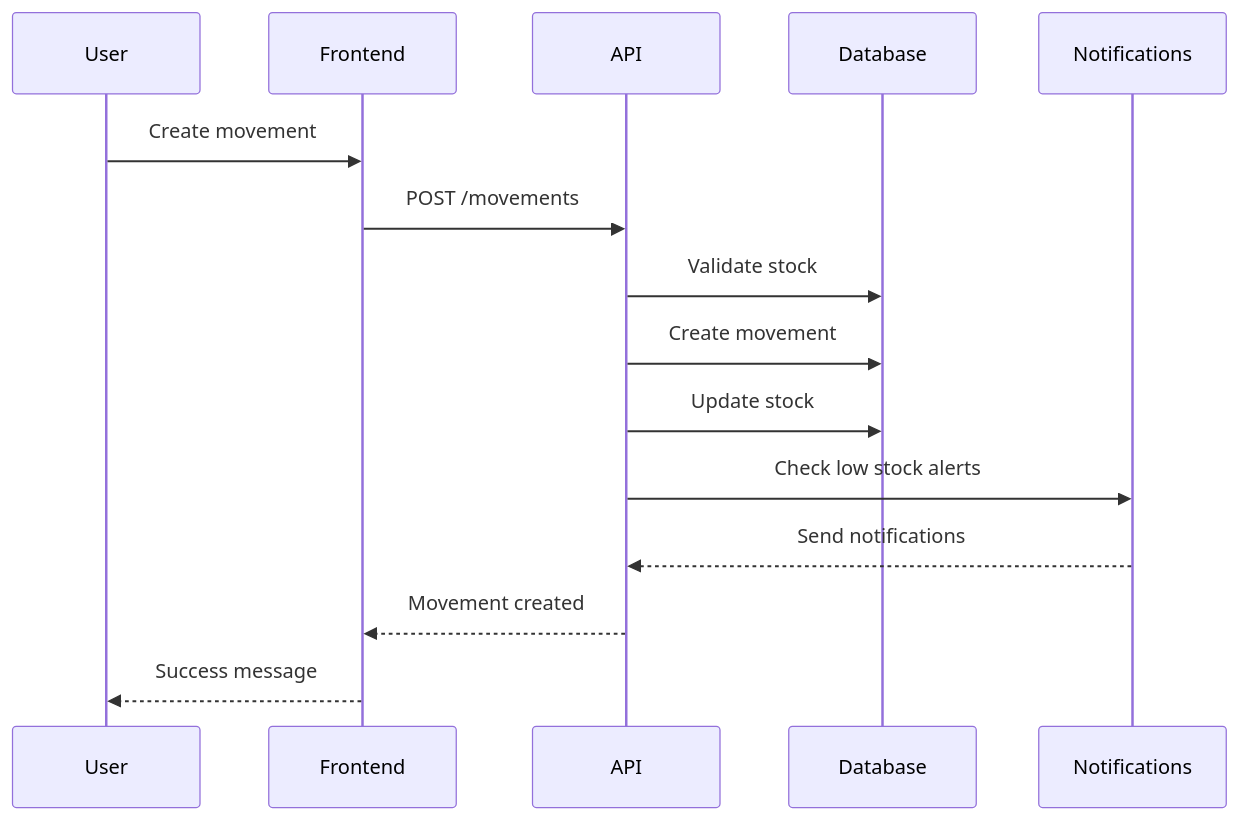
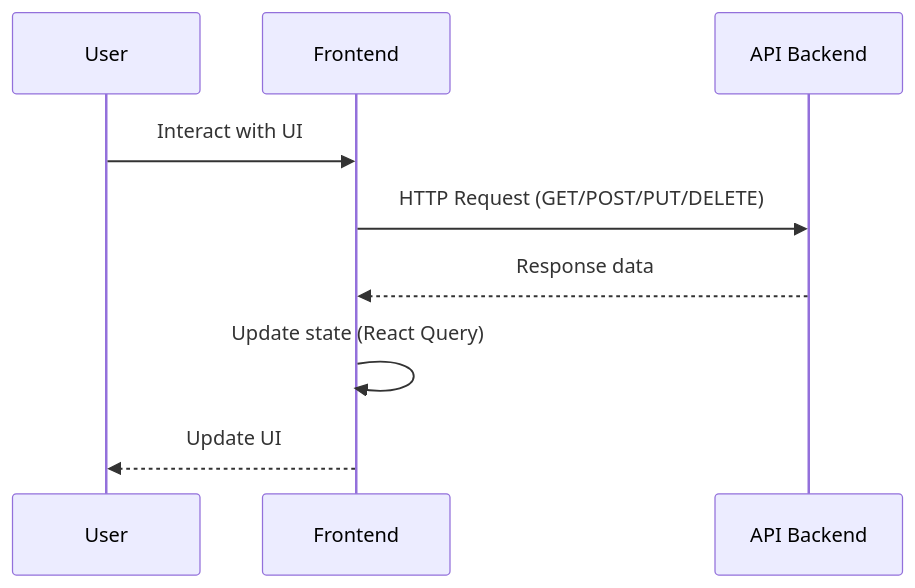
The second of 2 diagrams in docs/ARCHITECTURE.md (ai-lurus/celhm-app-main), drawn with Mermaid before and after one commit. The commit also changed other lines of this file and 163 other files, not shown here.

````diff
--- a/docs/ARCHITECTURE.md
+++ b/docs/ARCHITECTURE.md
@@ -87,18 +75,12 @@
 ```mermaid
 sequenceDiagram
     participant U as User
     participant F as Frontend
-    participant A as API
-    participant D as Database
-    participant N as Notifications
+    participant A as API Backend
 
-    U->>F: Create movement
-    F->>A: POST /movements
-    A->>D: Validate stock
-    A->>D: Create movement
-    A->>D: Update stock
-    A->>N: Check low stock alerts
-    N-->>A: Send notifications
-    A-->>F: Movement created
-    F-->>U: Success message
+    U->>F: Interact with UI
+    F->>A: HTTP Request (GET/POST/PUT/DELETE)
+    A-->>F: Response data
+    F->>F: Update state (React Query)
+    F-->>U: Update UI
 ```
````
